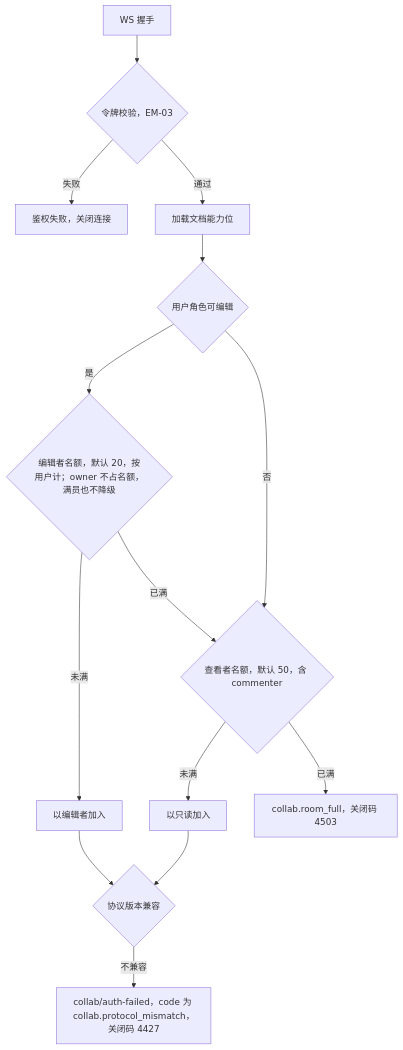
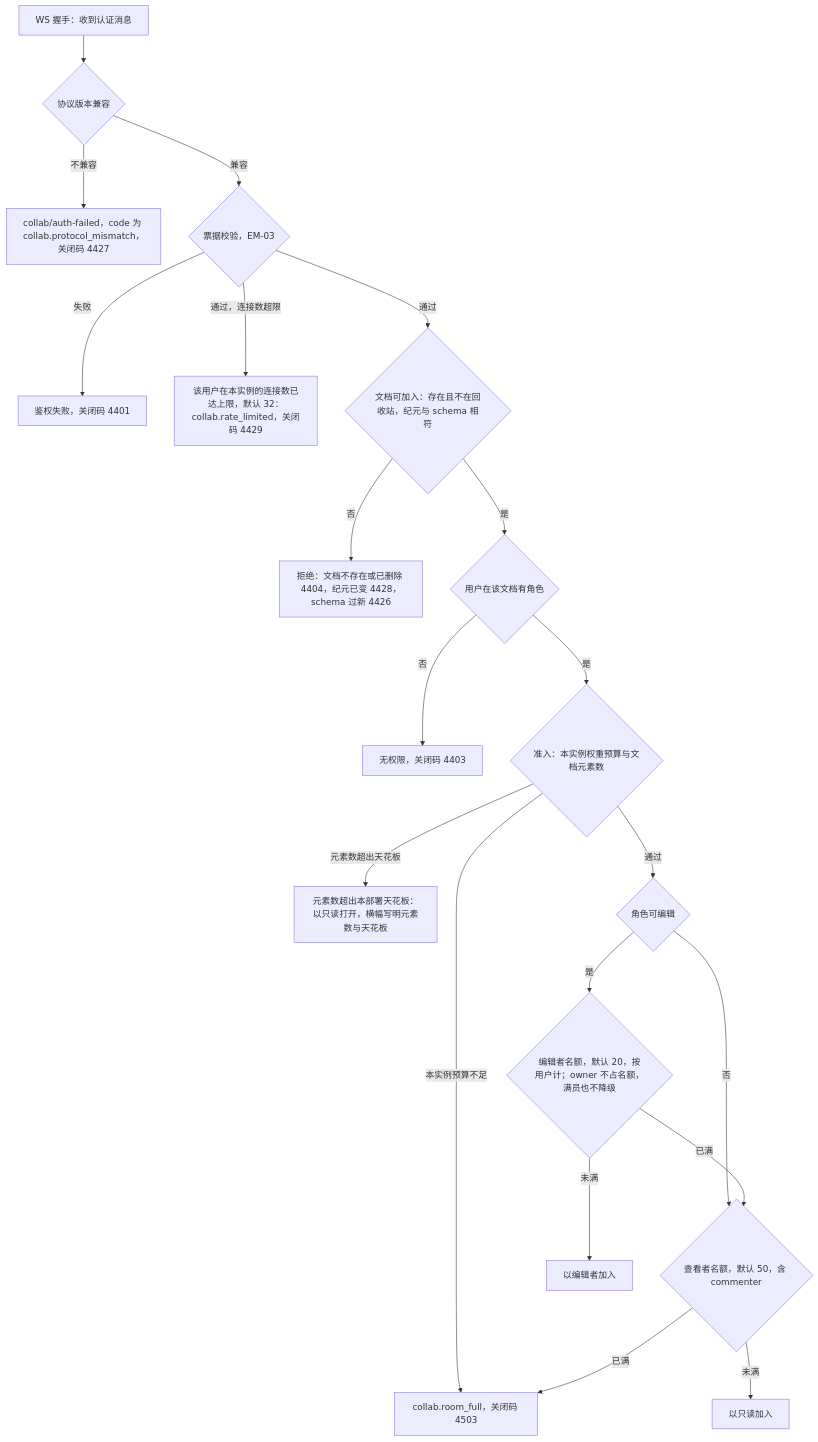
The seventh of 14 diagrams in docs/10-prd/03-features/06-server-and-ops.md (Xeonice/cordis-ppt-editor), drawn with Mermaid before and after one commit. The commit also changed other lines of this file and 19 other files, not shown here.

````diff
--- a/docs/10-prd/03-features/06-server-and-ops.md
+++ b/docs/10-prd/03-features/06-server-and-ops.md
@@ -263,27 +255,40 @@
 ```mermaid
 flowchart TB
-  hs["WS 握手"]
-  tok{"令牌校验，EM-03"}
-  denied["鉴权失败，关闭连接"]
-  caps["加载文档能力位"]
-  roleq{"用户角色可编辑"}
+  hs["WS 握手：收到认证消息"]
+  proto{"协议版本兼容"}
+  mismatch["collab/auth-failed，code 为 collab.protocol_mismatch，关闭码 4427"]
+  tok{"票据校验，EM-03"}
+  denied["鉴权失败，关闭码 4401"]
+  limited["该用户在本实例的连接数已达上限，默认 32：collab.rate_limited，关闭码 4429"]
+  docq{"文档可加入：存在且不在回收站，纪元与 schema 相符"}
+  docerr["拒绝：文档不存在或已删除 4404，纪元已变 4428，schema 过新 4426"]
+  roleq{"用户在该文档有角色"}
+  forbidden["无权限，关闭码 4403"]
+  weight{"准入：本实例权重预算与文档元素数"}
+  ceiling["元素数超出本部署天花板：以只读打开，横幅写明元素数与天花板"]
+  editq{"角色可编辑"}
   cap{"编辑者名额，默认 20，按用户计；owner 不占名额，满员也不降级"}
   viewq{"查看者名额，默认 50，含 commenter"}
   editor["以编辑者加入"]
   viewer["以只读加入"]
   full["collab.room_full，关闭码 4503"]
-  proto{"协议版本兼容"}
-  mismatch["collab/auth-failed，code 为 collab.protocol_mismatch，关闭码 4427"]
-  hs --> tok
+  hs --> proto
+  proto -->|"不兼容"| mismatch
+  proto -->|"兼容"| tok
   tok -->|"失败"| denied
-  tok -->|"通过"| caps --> roleq
-  roleq -->|"是"| cap
-  roleq -->|"否"| viewq
+  tok -->|"通过，连接数超限"| limited
+  tok -->|"通过"| docq
+  docq -->|"否"| docerr
+  docq -->|"是"| roleq
+  roleq -->|"否"| forbidden
+  roleq -->|"是"| weight
+  weight -->|"本实例预算不足"| full
+  weight -->|"元素数超出天花板"| ceiling
+  weight -->|"通过"| editq
+  editq -->|"是"| cap
+  editq -->|"否"| viewq
   cap -->|"未满"| editor
   cap -->|"已满"| viewq
   viewq -->|"未满"| viewer
   viewq -->|"已满"| full
-  editor --> proto
-  viewer --> proto
-  proto -->|"不兼容"| mismatch
 ```
````
